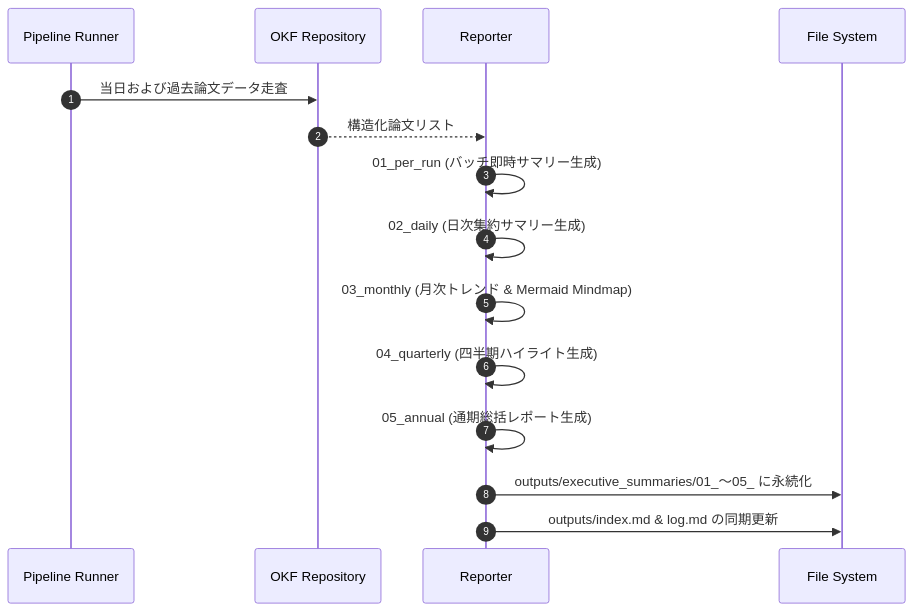
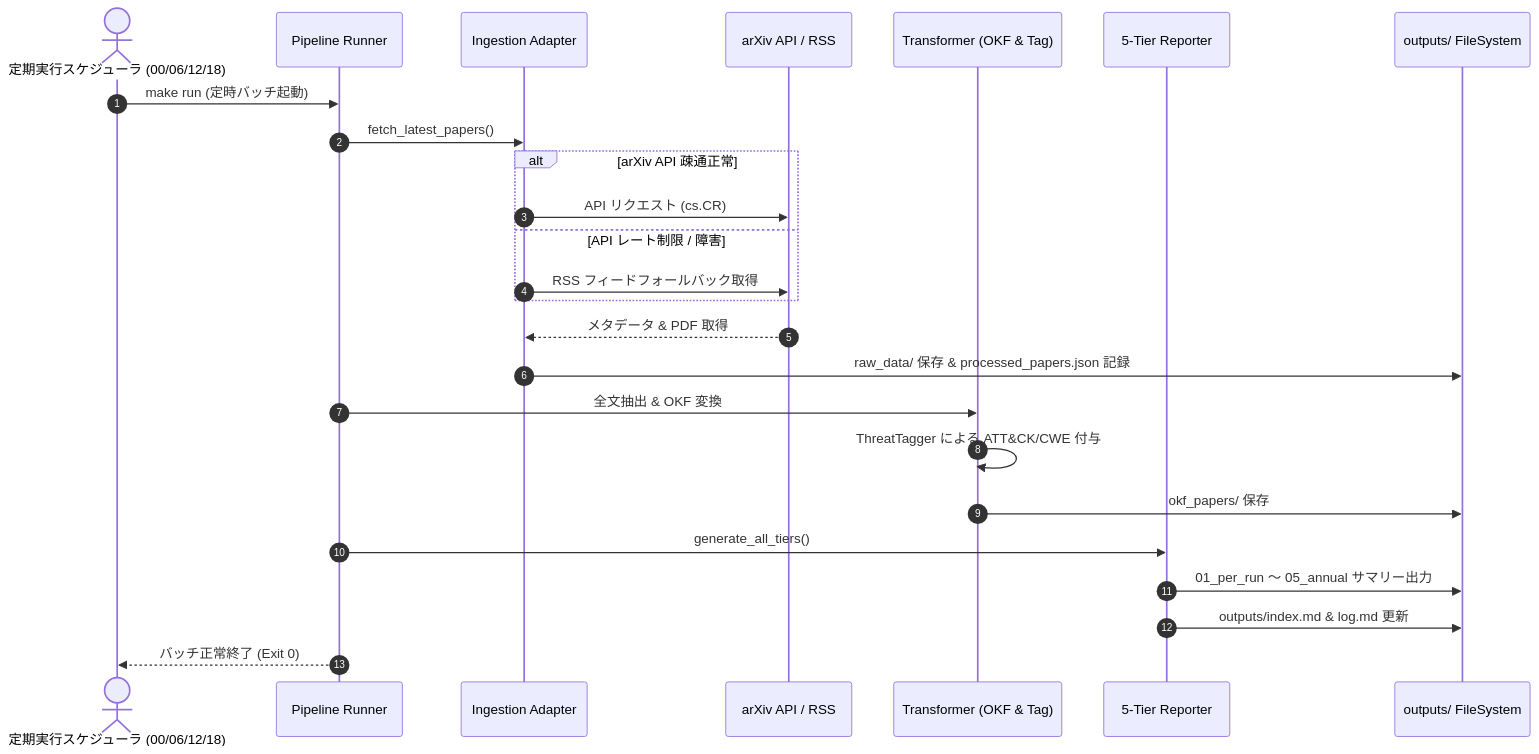
The second of 2 diagrams in docs/designs/DSN-03-pipeline_architecture.md (rokujyouhitoma/arxiv-security-papers), drawn with Mermaid before and after one commit. The commit also changed other lines of this file and 1 other file, not shown here.

````diff
--- a/docs/designs/DSN-03-pipeline_architecture.md
+++ b/docs/designs/DSN-03-pipeline_architecture.md
@@ -137,18 +278,30 @@
 ```mermaid
 sequenceDiagram
     autonumber
-    participant Engine as Pipeline Runner
-    participant OKF as OKF Repository
-    participant Rep as Reporter
-    participant Disk as File System
+    actor Cron as 定期実行スケジューラ (00/06/12/18)
+    participant Pipe as Pipeline Runner
+    participant Ingest as Ingestion Adapter
+    participant Arxiv as arXiv API / RSS
+    participant Trans as Transformer (OKF & Tag)
+    participant Rep as 5-Tier Reporter
+    participant Storage as outputs/ FileSystem
 
-    Engine->>OKF: 当日および過去論文データ走査
-    OKF-->>Rep: 構造化論文リスト
-    Rep->>Rep: 01_per_run (バッチ即時サマリー生成)
-    Rep->>Rep: 02_daily (日次集約サマリー生成)
-    Rep->>Rep: 03_monthly (月次トレンド & Mermaid Mindmap)
-    Rep->>Rep: 04_quarterly (四半期ハイライト生成)
-    Rep->>Rep: 05_annual (通期総括レポート生成)
-    Rep->>Disk: outputs/executive_summaries/01_〜05_ に永続化
-    Rep->>Disk: outputs/index.md & log.md の同期更新
+    Cron->>Pipe: make run (定時バッチ起動)
+    Pipe->>Ingest: fetch_latest_papers()
+    alt arXiv API 疎通正常
+        Ingest->>Arxiv: API リクエスト (cs.CR)
+    else API レート制限 / 障害
+        Ingest->>Arxiv: RSS フィードフォールバック取得
+    end
+    Arxiv-->>Ingest: メタデータ & PDF 取得
+    Ingest->>Storage: raw_data/ 保存 & processed_papers.json 記録
+
+    Pipe->>Trans: 全文抽出 & OKF 変換
+    Trans->>Trans: ThreatTagger による ATT&CK/CWE 付与
+    Trans->>Storage: okf_papers/ 保存
+
+    Pipe->>Rep: generate_all_tiers()
+    Rep->>Storage: 01_per_run 〜 05_annual サマリー出力
+    Rep->>Storage: outputs/index.md & log.md 更新
+    Pipe-->>Cron: バッチ正常終了 (Exit 0)
 ```
````
